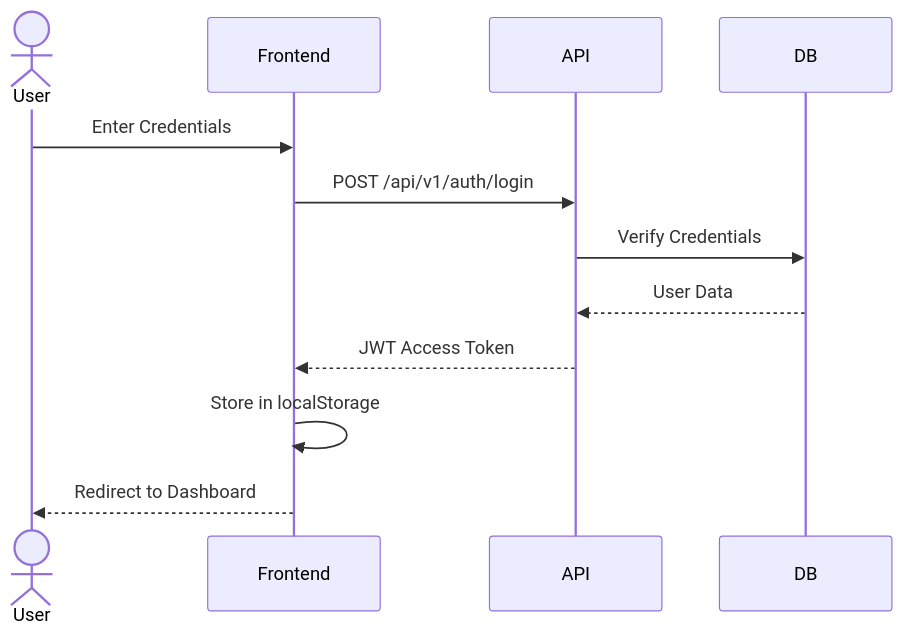
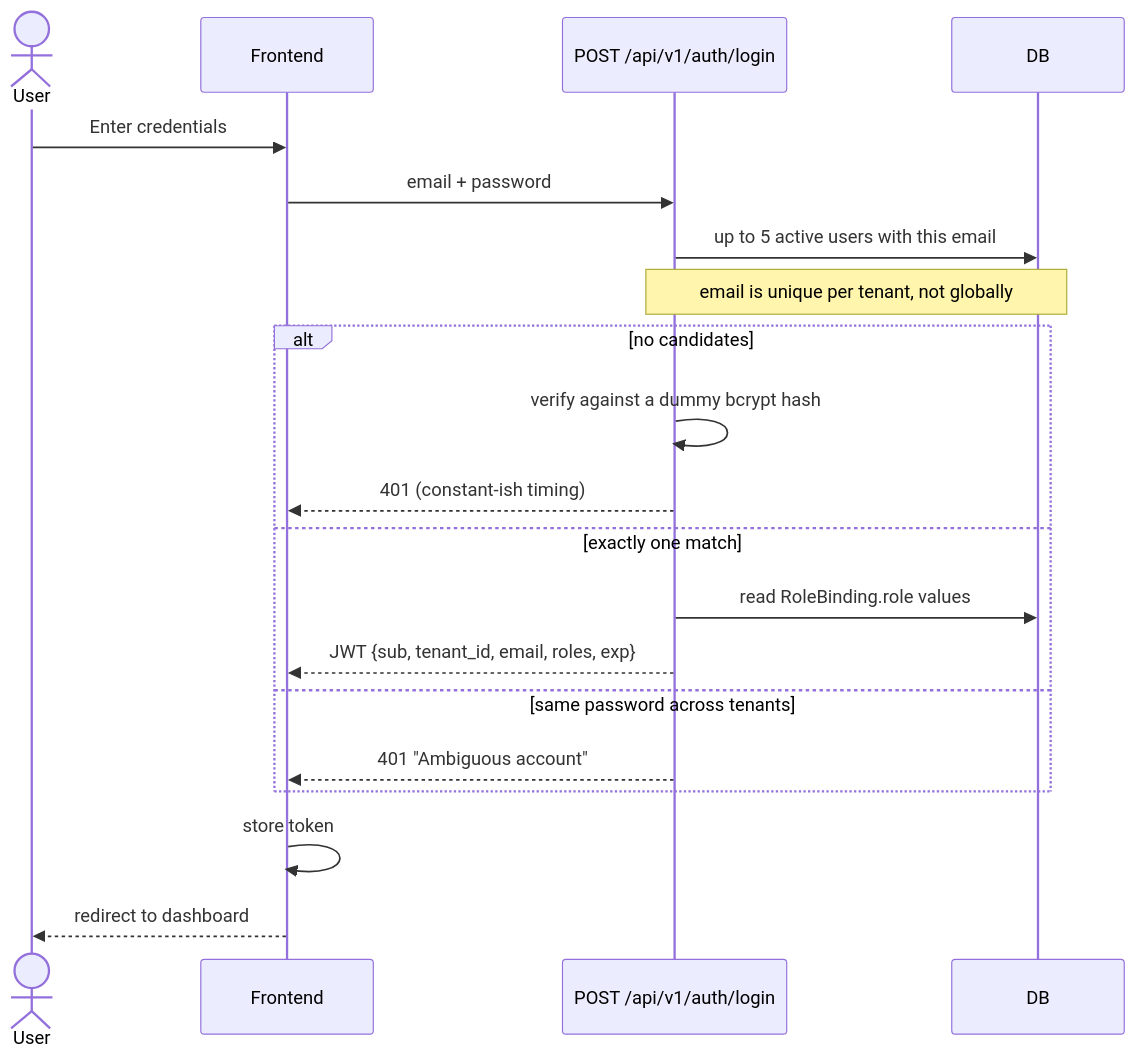
Before and after one commit to Valuedx/ContextEdge: the second of 32 diagrams in docs/15_Project_Flow_Diagrams.md, drawn with Mermaid. The commit also changed other lines of this file and 48 other files, not shown here.

````diff
--- a/docs/15_Project_Flow_Diagrams.md
+++ b/docs/15_Project_Flow_Diagrams.md
@@ -27,14 +42,22 @@
 ```mermaid
 sequenceDiagram
     actor User
     participant Frontend
-    participant API
+    participant API as POST /api/v1/auth/login
     participant DB
-    User->>Frontend: Enter Credentials
-    Frontend->>API: POST /api/v1/auth/login
-    API->>DB: Verify Credentials
-    DB-->>API: User Data
-    API-->>Frontend: JWT Access Token
-    Frontend->>Frontend: Store in localStorage
-    Frontend-->>User: Redirect to Dashboard
+    User->>Frontend: Enter credentials
+    Frontend->>API: email + password
+    API->>DB: up to 5 active users with this email
+    Note over API,DB: email is unique per tenant, not globally
+    alt no candidates
+        API->>API: verify against a dummy bcrypt hash
+        API-->>Frontend: 401 (constant-ish timing)
+    else exactly one match
+        API->>DB: read RoleBinding.role values
+        API-->>Frontend: JWT {sub, tenant_id, email, roles, exp}
+    else same password across tenants
+        API-->>Frontend: 401 "Ambiguous account"
+    end
+    Frontend->>Frontend: store token
+    Frontend-->>User: redirect to dashboard
 ```
````
